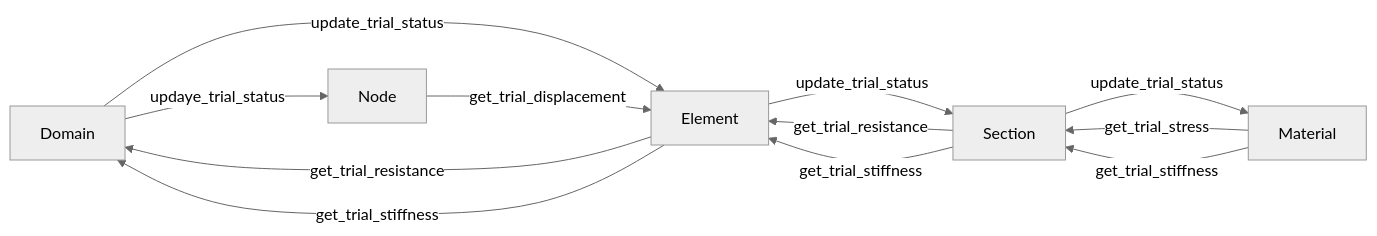
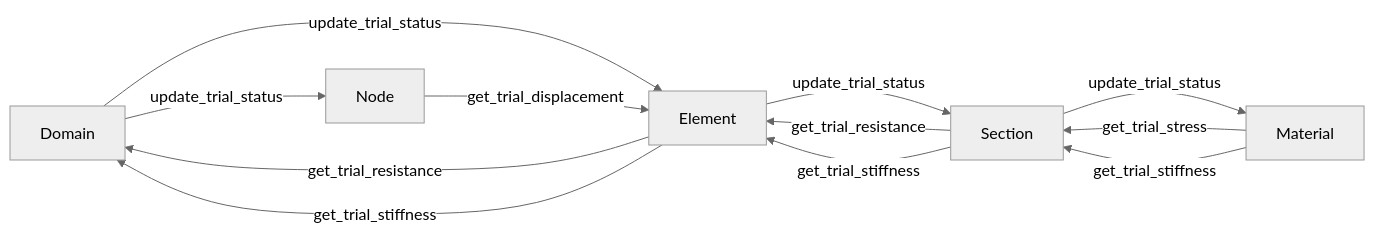
One commit to TLCFEM/suanPan-manual changed the diagram in docs/Collection/Define/element.md. Above: the diagram before and after it, drawn with Mermaid (neutral theme). The commit also changed other lines of this file and 301 other files, not shown here.

````diff
--- a/docs/Collection/Define/element.md
+++ b/docs/Collection/Define/element.md
@@ -91,14 +93,14 @@
 ``` mermaid
 graph LR
   A[Domain] -->|update_trial_status| B[Element];
-  A -->|updaye_trial_status| J[Node];
+  A -->|update_trial_status| J[Node];
   J -->|get_trial_displacement| B;
   B -->|update_trial_status| D[Section];
   D -->|update_trial_status| F[Material];
   F -->|get_trial_stress| D;
   F -->|get_trial_stiffness| D;
   D -->|get_trial_resistance| B;
   D -->|get_trial_stiffness| B;
   B -->|get_trial_resistance| A;
   B -->|get_trial_stiffness| A;
 ```
````
